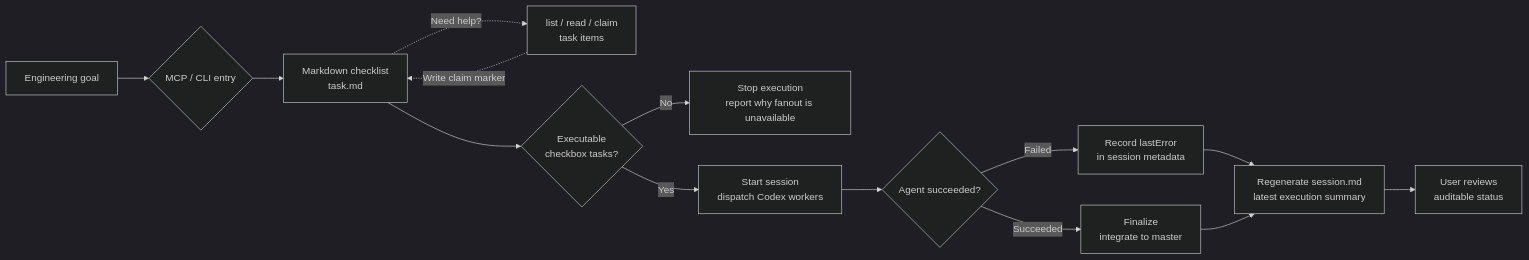
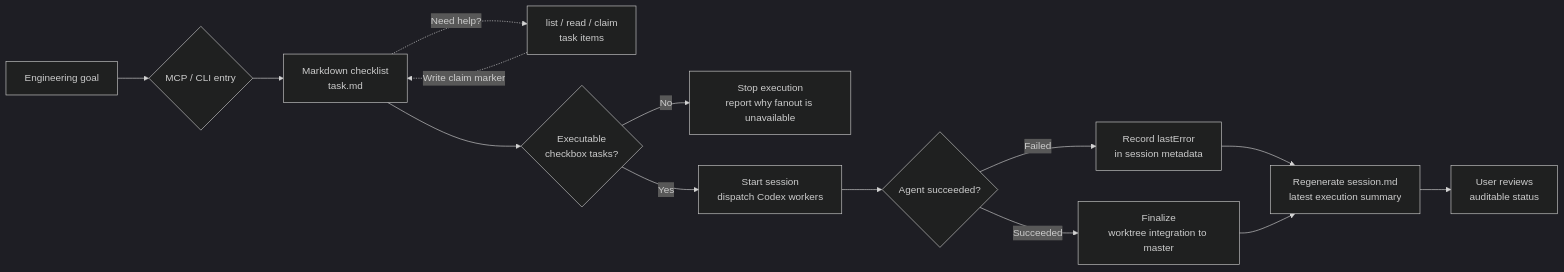
The diagram in README.md (Yanzzp999/agent-desk), drawn with Mermaid (dark theme) before and after one commit. The commit also changed other lines of this file and 4 other files, not shown here.

````diff
--- a/README.md
+++ b/README.md
@@ -7,18 +7,18 @@
 ```mermaid
 flowchart LR
     goal["Engineering goal"] --> entry{"MCP / CLI entry"}
     entry --> task["Markdown checklist<br/>task.md"]
 
     task -. "Need help?" .-> tools["list / read / claim<br/>task items"]
     tools -. "Write claim marker" .-> task
 
     task --> executable{"Executable<br/>checkbox tasks?"}
     executable -- "No" --> stop["Stop execution<br/>report why fanout is unavailable"]
     executable -- "Yes" --> session["Start session<br/>dispatch Codex workers"]
     session --> done{"Agent succeeded?"}
     done -- "Failed" --> error["Record lastError<br/>in session metadata"]
-    done -- "Succeeded" --> finalize["Finalize<br/>integrate to master"]
+    done -- "Succeeded" --> finalize["Finalize<br/>worktree integration to master"]
     error --> summary["Regenerate session.md<br/>latest execution summary"]
     finalize --> summary
     summary --> user["User reviews<br/>auditable status"]
 ```
````
